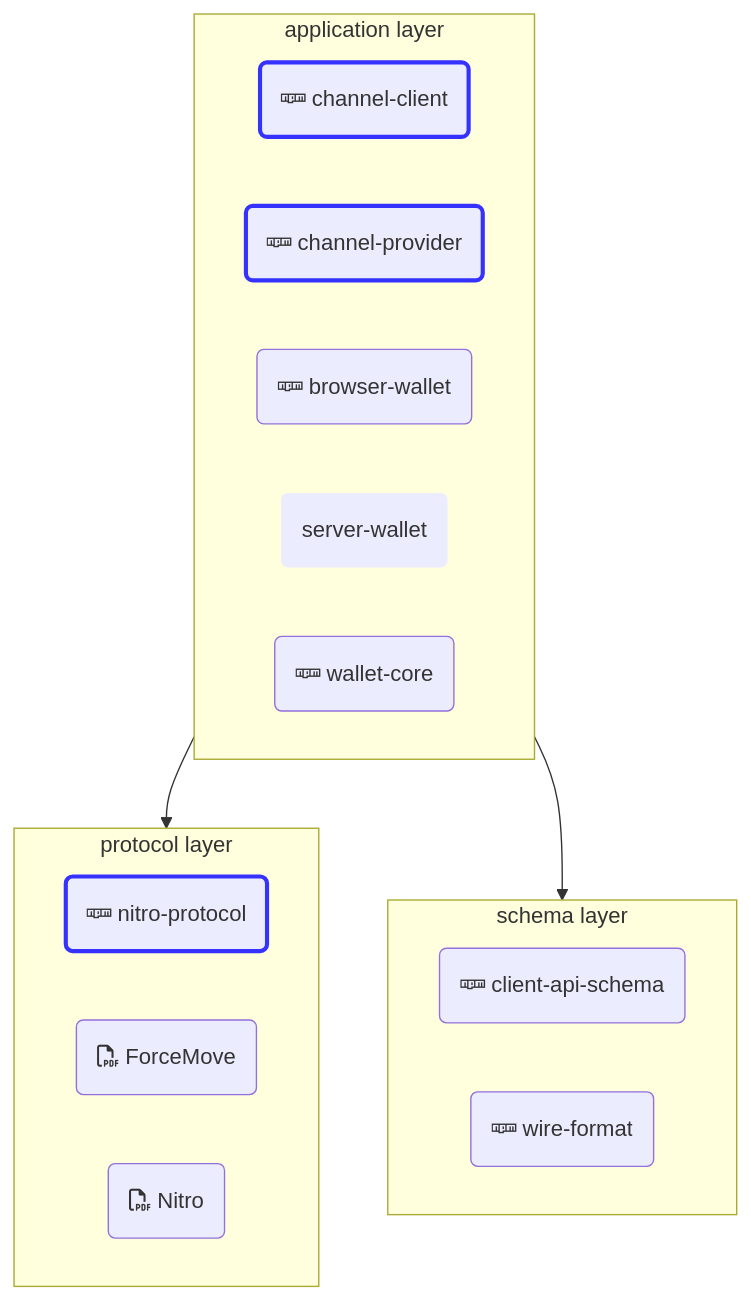
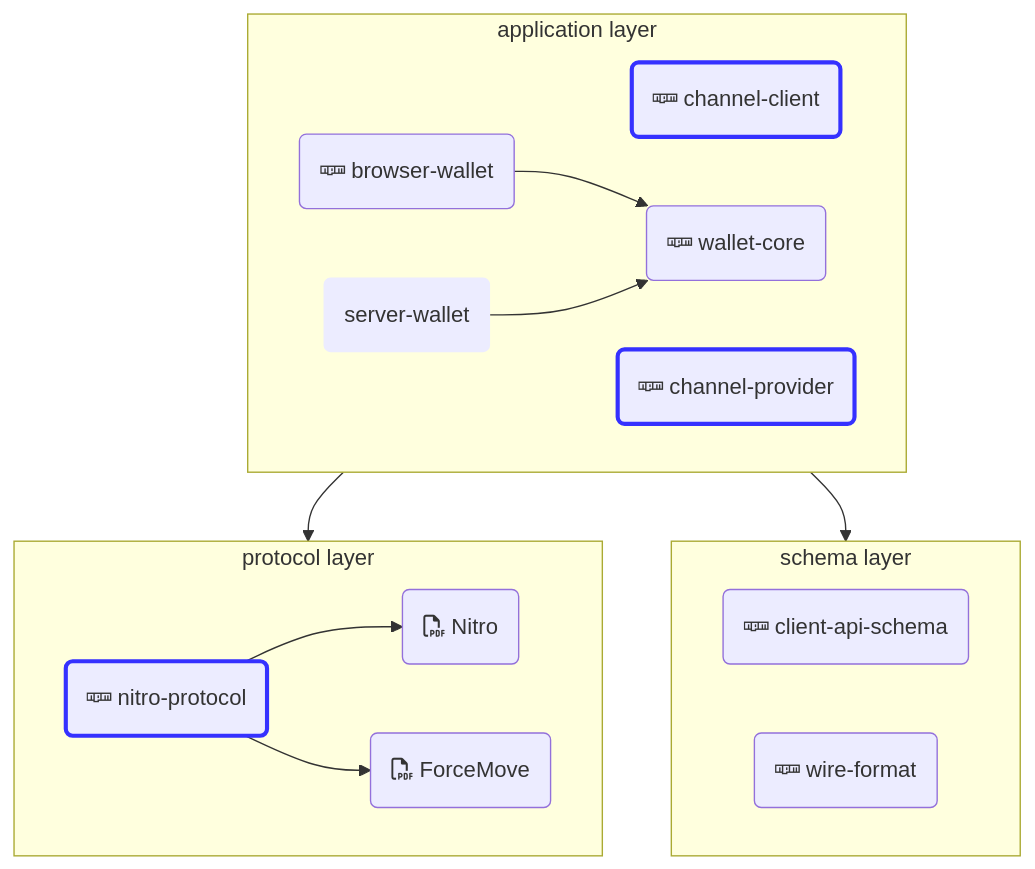
Before and after one commit to statechannels/statechannels: the diagram in packages/nitro-protocol/docs/products.md, drawn with Mermaid.

Commit message:
Show some links in products diag

```diff
--- a/packages/nitro-protocol/docs/products.md
+++ b/packages/nitro-protocol/docs/products.md
@@ -8,55 +8,56 @@
 <div class="mermaid" align="center">
 flowchart TB;
 linkStyle default interpolate basis
+%% applicationz("3rd party Apps")
 subgraph A [application layer]
 channelclient("fab:fa-npm channel-client")
 channelprovider("fab:fa-npm channel-provider")
 browserwallet("fab:fa-npm browser-wallet")
 serverwallet("server-wallet")
 walletcore("fab:fa-npm wallet-core")
 end
 subgraph P [protocol layer]
 nitroprotocol("fab:fa-npm nitro-protocol")
 forcemovePDF("far:fa-file-pdf ForceMove")
 nitroPDF("far:fa-file-pdf Nitro")
 end
 subgraph S [schema layer]
 apischema("fab:fa-npm client-api-schema")
 wireformat("fab:fa-npm wire-format")
 end
 %% applicationz("web applications")
 A --> P;
 A --> S;
 %% dependency arrows suppressed for now, they make the diagram too busy
 %% channelclient--> channelprovider;
 %% channelclient--> apischema;
 %% applicationz--> nitroprotocol;
 %% applicationz--> channelclient;
 %% applicationz--> channelprovider;
 %% browserwallet--> apischema;
-%% browserwallet--> walletcore;
+browserwallet--> walletcore;
 %% browserwallet--> wireformat;
 %% browserwallet--> nitroprotocol;
-%% serverwallet--> walletcore;
+serverwallet--> walletcore;
 %% serverwallet--> wireformat;
-%% nitroprotocol--> nitroPDF;
-%% nitroprotocol--> forcemovePDF;
+nitroprotocol--> nitroPDF;
+nitroprotocol--> forcemovePDF;
 %% walletcore--> nitroprotocol;
 %% walletcore--> wireformat;
 click nitroprotocol "https://www.npmjs.com/package/@statechannels/nitro-protocol";
 click channelclient "https://www.npmjs.com/package/@statechannels/channel-client";
 click channelprovider "https://www.npmjs.com/package/@statechannels/channel-provider";
 click browserwallet "https://www.npmjs.com/package/@statechannels/xstate-wallet";
 click walletcore "https://www.npmjs.com/package/@statechannels/wallet-core";
 click apischema "https://www.npmjs.com/package/@statechannels/client-api-schema";
 click wireformat "https://www.npmjs.com/package/@statechannels/wire-format";
 click forcemovePDF "https://magmo.com/force-move-games.pdf";
 click nitroPDF "https://magmo.com/nitro-protocol.pdf";
 click serverwallet "https://github.com/statechannels/statechannels";
 classDef unpublished stroke:#3531FF,stroke-width:0px;
 classDef documented stroke:#3531FF,stroke-width:3px;
 class serverwallet unpublished;
 class nitroprotocol documented;
 class channelclient documented;
 class channelprovider documented;
 </div>
```
